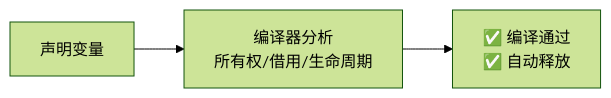
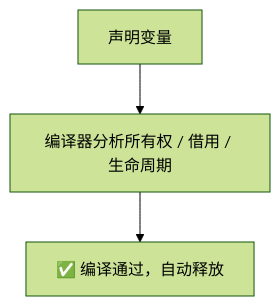
The seventh of 7 diagrams in content/rust/stack-heap.md (hantaikeju/hantaikeju.github.io), drawn with Mermaid (forest theme) before and after one commit. The commit also changed other lines of this file and 6 other files, not shown here.

Commit message:
【新增】--图形显示

````diff
--- a/content/rust/stack-heap.md
+++ b/content/rust/stack-heap.md
@@ -212,4 +212,4 @@
 ```mermaid
-flowchart LR
-    R1["声明变量"] --> R2["编译器分析\n所有权/借用/生命周期"] --> R3["✅ 编译通过\n✅ 自动释放"]
+flowchart TB
+    R1["声明变量"] --> R2["编译器分析所有权 / 借用 / 生命周期"] --> R3["✅ 编译通过，自动释放"]
 ```
````
